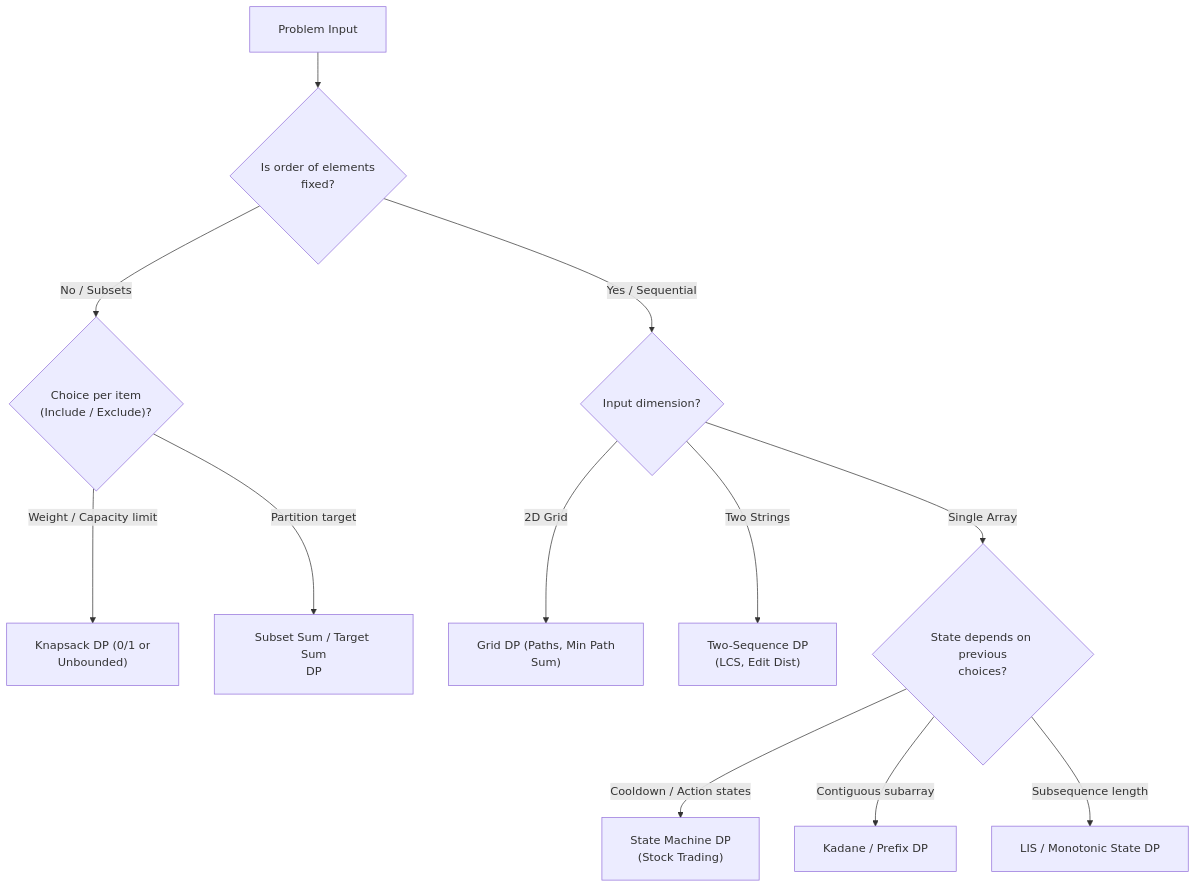
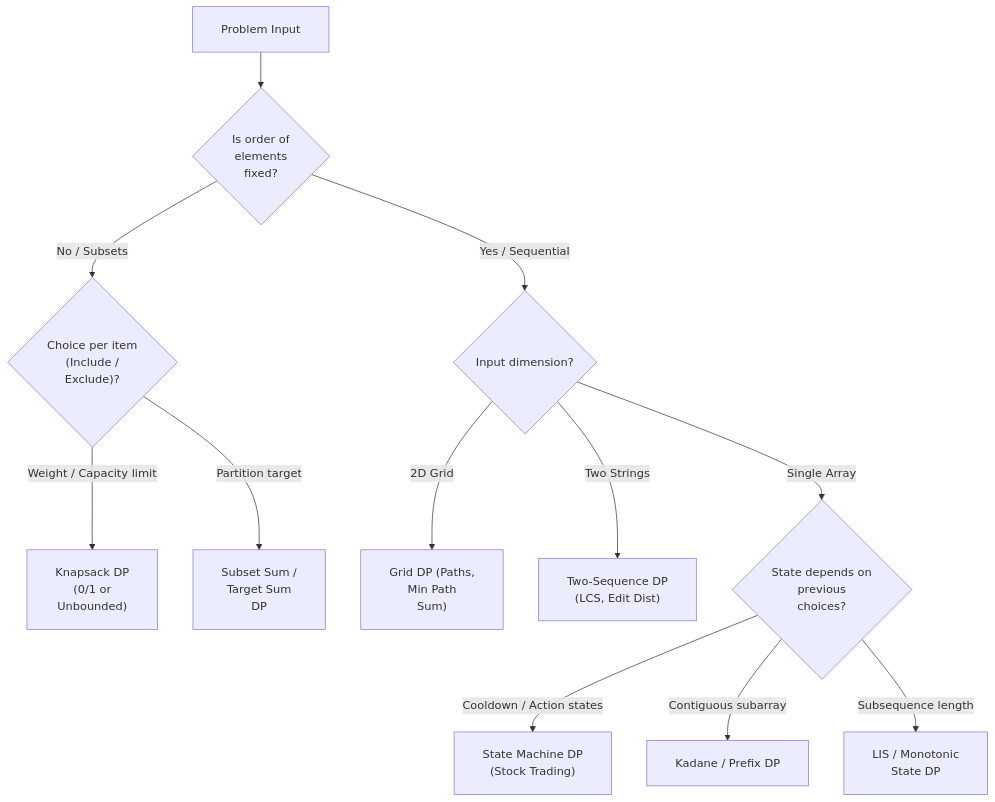
One commit to dip4k/DSA_102 changed the fourth of 6 diagrams in week_10_dynamic_programming_i_fundamentals/Week_10_Visual_Concepts_Playbook_HYBRID.md. Above: the diagram before and after it, drawn with Mermaid. The commit also changed other lines of this file and 106 other files, not shown here.

First line of the commit message:
fix(mermaid): prevent text clipping with foreignObject overflow and tighter line wrapping

````diff
--- a/week_10_dynamic_programming_i_fundamentals/Week_10_Visual_Concepts_Playbook_HYBRID.md
+++ b/week_10_dynamic_programming_i_fundamentals/Week_10_Visual_Concepts_Playbook_HYBRID.md
@@ -383,15 +383,15 @@
 ```mermaid
-%%{init: {"flowchart": {"htmlLabels": true, "padding": 20}}}%%
+%%{init: {"flowchart": {"htmlLabels": true, "padding": 20}, "themeCSS": "foreignObject { overflow: visible !important; }"}}%%
 flowchart TD
-    Start["Problem Input"] --> Q1{"Is order of elements<br/>fixed?"}
-    Q1 -->|No / Subsets| Q2{"Choice per item<br/>(Include / Exclude)?"}
-    Q2 -->|Weight / Capacity limit| Knapsack["Knapsack DP (0/1 or<br/>Unbounded)"]
-    Q2 -->|Partition target| SubsetSum["Subset Sum / Target Sum<br/>DP"]
+    Start["Problem Input"] --> Q1{"Is order of<br/>elements<br/>fixed?"}
+    Q1 -->|No / Subsets| Q2{"Choice per item<br/>(Include /<br/>Exclude)?"}
+    Q2 -->|Weight / Capacity limit| Knapsack["Knapsack DP<br/>(0/1 or<br/>Unbounded)"]
+    Q2 -->|Partition target| SubsetSum["Subset Sum /<br/>Target Sum<br/>DP"]
     Q1 -->|Yes / Sequential| Q3{"Input dimension?"}
-    Q3 -->|2D Grid| Grid["Grid DP (Paths, Min Path<br/>Sum)"]
+    Q3 -->|2D Grid| Grid["Grid DP (Paths,<br/>Min Path<br/>Sum)"]
     Q3 -->|Two Strings| LCS["Two-Sequence DP<br/>(LCS, Edit Dist)"]
-    Q3 -->|Single Array| Q4{"State depends on previous<br/>choices?"}
+    Q3 -->|Single Array| Q4{"State depends on<br/>previous<br/>choices?"}
     Q4 -->|Cooldown / Action states| StateMachine["State Machine DP<br/>(Stock Trading)"]
     Q4 -->|Contiguous subarray| Kadane["Kadane / Prefix DP"]
-    Q4 -->|Subsequence length| LIS["LIS / Monotonic State DP"]
+    Q4 -->|Subsequence length| LIS["LIS / Monotonic<br/>State DP"]
 ```
````
